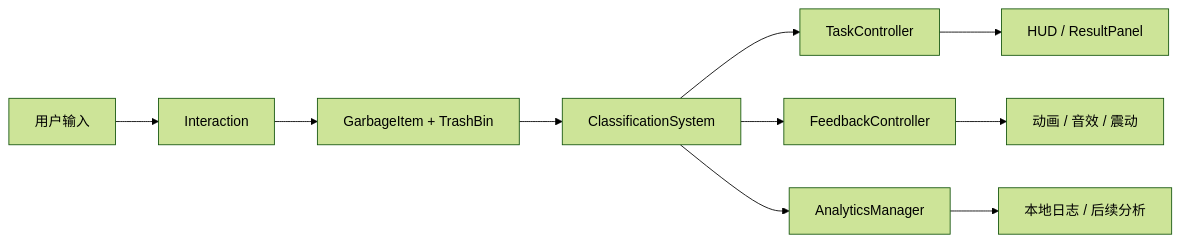
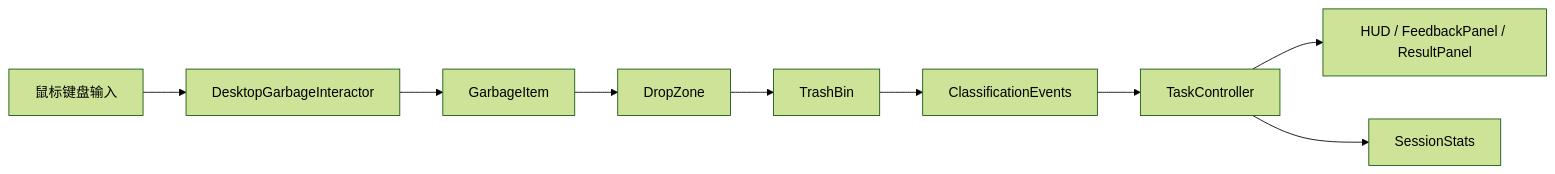
One commit to LiuAHao/vr-waste-sorting changed the diagram in docs/PROJECT_STRUCTURE.md. Above: the diagram before and after it, drawn with Mermaid (forest theme). The commit also changed other lines of this file and 2 other files, not shown here.

````diff
--- a/docs/PROJECT_STRUCTURE.md
+++ b/docs/PROJECT_STRUCTURE.md
@@ -216,12 +421,11 @@
 ```mermaid
 flowchart LR
-    A[用户输入] --> B[Interaction]
-    B --> C[GarbageItem + TrashBin]
-    C --> D[ClassificationSystem]
-    D --> E[TaskController]
-    D --> F[FeedbackController]
-    D --> G[AnalyticsManager]
-    E --> H[HUD / ResultPanel]
-    F --> I[动画 / 音效 / 震动]
-    G --> J[本地日志 / 后续分析]
+    A[鼠标键盘输入] --> B[DesktopGarbageInteractor]
+    B --> C[GarbageItem]
+    C --> D[DropZone]
+    D --> E[TrashBin]
+    E --> F[ClassificationEvents]
+    F --> G[TaskController]
+    G --> H[HUD / FeedbackPanel / ResultPanel]
+    G --> I[SessionStats]
 ```
````
